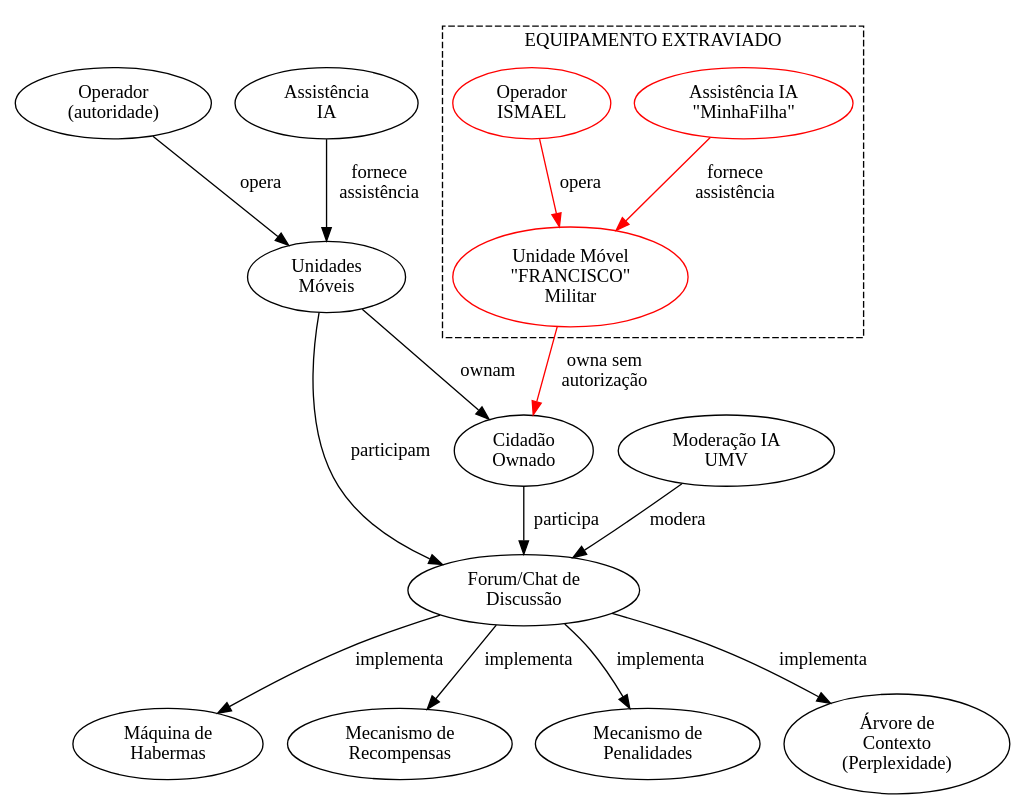
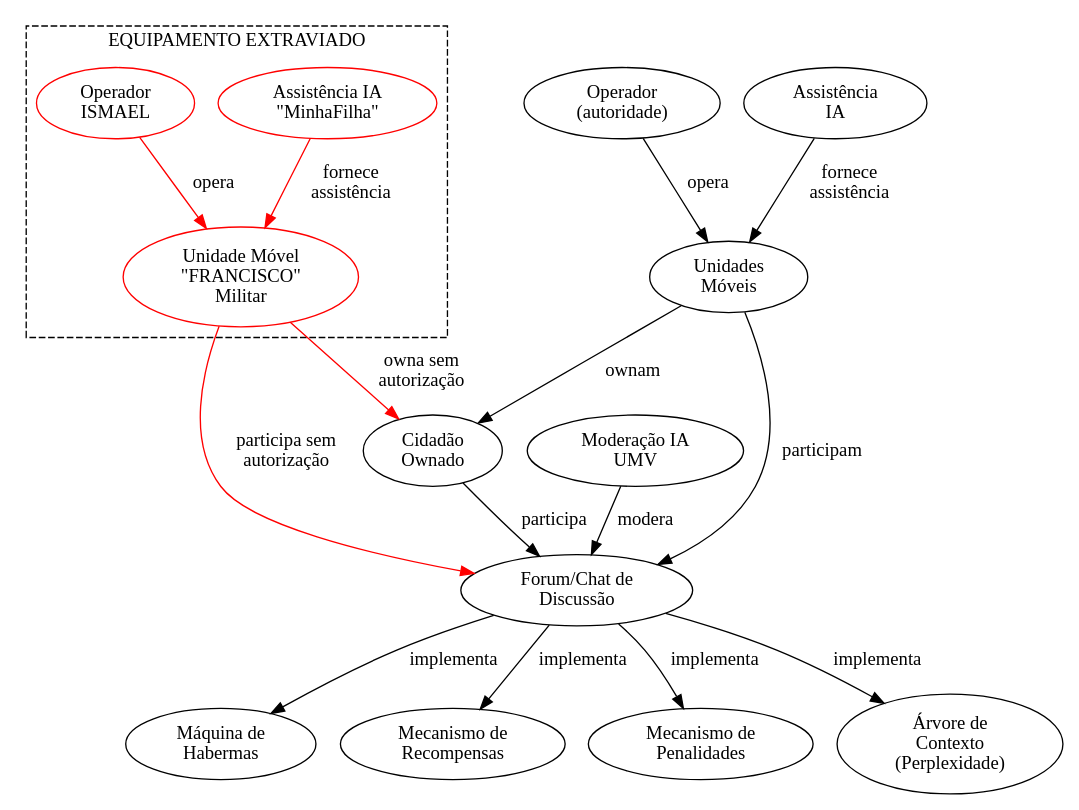
Before and after one commit to tventuraz/RedeUMV: the diagram in diagramas/UMV-Forum-Chat-Invasao.dot, drawn with Graphviz.

```diff
--- a/diagramas/UMV-Forum-Chat-Invasao.dot
+++ b/diagramas/UMV-Forum-Chat-Invasao.dot
@@ -1,48 +1,49 @@
 digraph G {
     
     #label = "UMV\nCHAT/FORUM";
     #labelloc = "t";
     #fontsize = 35;
 
     #######################################################################
     #                           ENTIDADES                                 #
     #######################################################################
     OPERADOR [label="Operador\n(autoridade)"]
     UNIDADE [label="Unidades\nMóveis"]
     OWNADO [label="Cidadão\nOwnado"]
     HABERMAS [label="Máquina de\nHabermas"]
     RECOMPENSA [label="Mecanismo de\nRecompensas"]
     PENALIDADE [label="Mecanismo de\nPenalidades"]
     CONTEXTO [label="Árvore de\nContexto\n(Perplexidade)"]
     UMV [label="Moderação IA\nUMV"]
     FORUM [label="Forum/Chat de\nDiscussão"]
     ASSISTENCIA [label="Assistência\nIA"]
     
     subgraph cluster_unidades {
         style = "dashed";
         label= "EQUIPAMENTO EXTRAVIADO";
         
         FRANCISCO [label="Unidade Móvel\n\"FRANCISCO\"\nMilitar" color=red]
         MINHAFILHA [label="Assistência IA\n\"MinhaFilha\"" color=red]
         ISMAEL [label="Operador\nISMAEL" color=red]
     }
     
     #######################################################################
     #                       RELACIONAMENTOS                               #
     #######################################################################
     UMV -> FORUM [label="modera"]
     OWNADO -> FORUM  [label="participa"]
     FORUM -> HABERMAS [label="implementa"]
     FORUM -> RECOMPENSA [label="implementa"]
     FORUM -> PENALIDADE [label="implementa"]
     FORUM -> CONTEXTO [label="implementa"]
     OPERADOR -> UNIDADE [label="opera"]
     UNIDADE -> OWNADO [label="ownam"]
     UNIDADE -> FORUM [label="participam"]
     ASSISTENCIA -> UNIDADE [label="fornece\nassistência"]
 
     MINHAFILHA -> FRANCISCO [label="fornece\nassistência" color=red]
     ISMAEL -> FRANCISCO [label="opera" color=red]
     FRANCISCO -> OWNADO [label="owna sem\nautorização" color=red]
+    FRANCISCO -> FORUM [label="participa sem\nautorização" color=red]
 
 }
```
